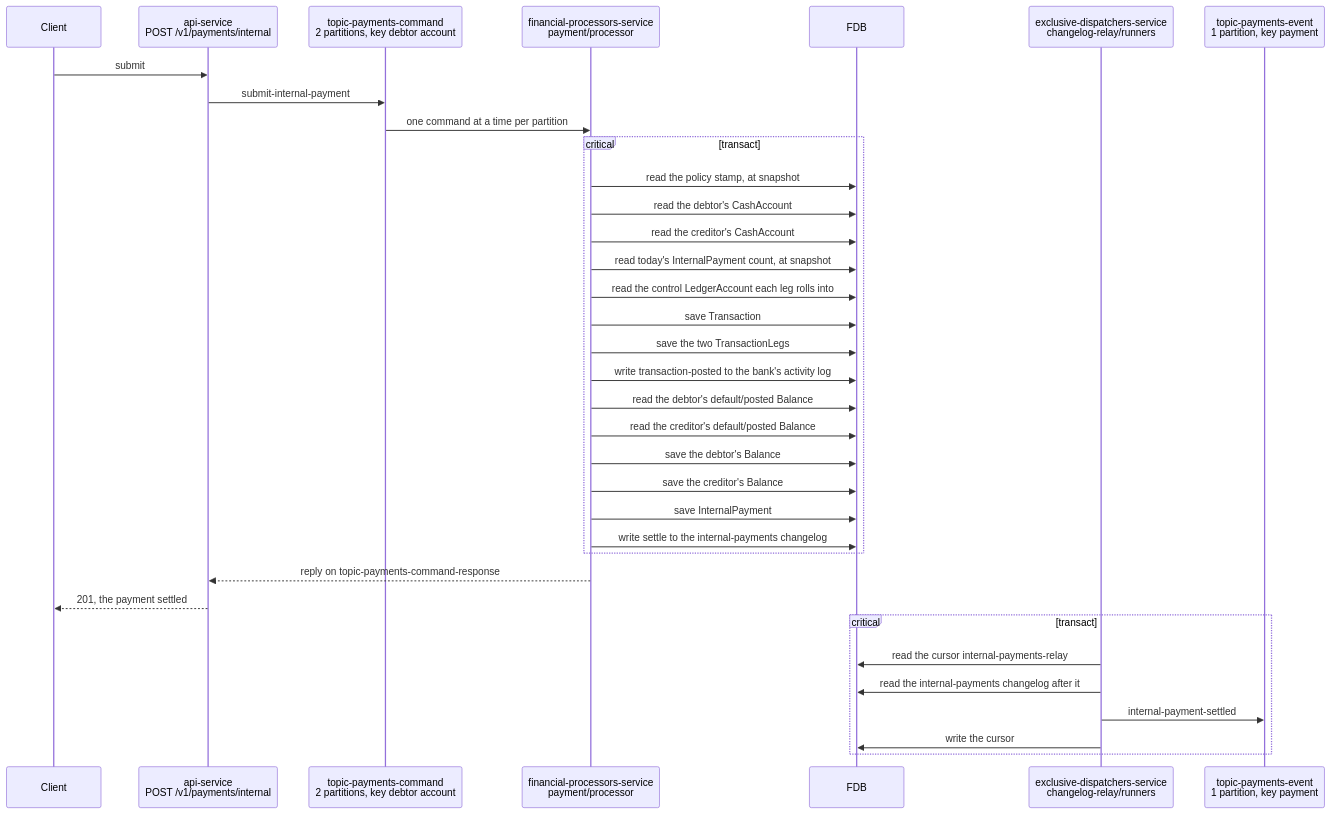
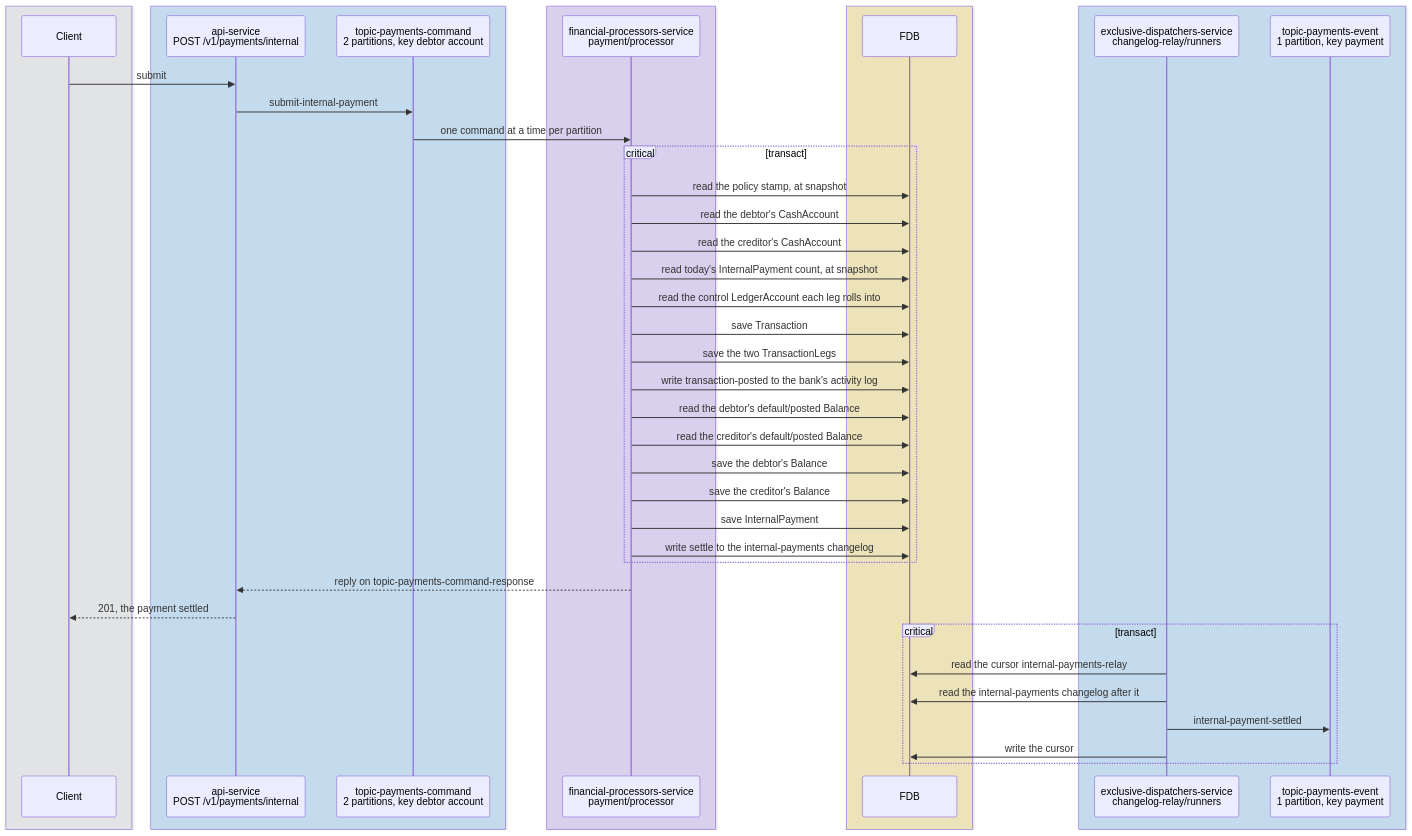
Before and after one commit to repldriven/queenswood: the first of 2 diagrams in docs/tdd/payments-internal.md, drawn with Mermaid. The commit also changed other lines of this file, not shown here.

````diff
--- a/docs/tdd/payments-internal.md
+++ b/docs/tdd/payments-internal.md
@@ -62,37 +67,47 @@
 ```mermaid
 sequenceDiagram
+    box rgba(233, 236, 239, 0.5)
     participant C as Client
+    end
+    box rgba(165, 216, 255, 0.45)
     participant API as api-service<br/>POST /v1/payments/internal
     participant PC as topic-payments-command<br/>2 partitions, key debtor account
+    end
+    box rgba(208, 191, 255, 0.45)
     participant PP as financial-processors-service<br/>payment/processor
+    end
+    box rgba(255, 236, 153, 0.5)
     participant DB as FDB
+    end
+    box rgba(165, 216, 255, 0.45)
     participant RR as exclusive-dispatchers-service<br/>changelog-relay/runners
     participant PE as topic-payments-event<br/>1 partition, key payment
+    end
     C->>API: submit
     API->>PC: submit-internal-payment
     PC->>PP: one command at a time per partition
     critical transact
     PP->>DB: read the policy stamp, at snapshot
     PP->>DB: read the debtor's CashAccount
     PP->>DB: read the creditor's CashAccount
     PP->>DB: read today's InternalPayment count, at snapshot
     PP->>DB: read the control LedgerAccount each leg rolls into
     PP->>DB: save Transaction
     PP->>DB: save the two TransactionLegs
     PP->>DB: write transaction-posted to the bank's activity log
     PP->>DB: read the debtor's default/posted Balance
     PP->>DB: read the creditor's default/posted Balance
     PP->>DB: save the debtor's Balance
     PP->>DB: save the creditor's Balance
     PP->>DB: save InternalPayment
     PP->>DB: write settle to the internal-payments changelog
     end
     PP-->>API: reply on topic-payments-command-response
     API-->>C: 201, the payment settled
     critical transact
     RR->>DB: read the cursor internal-payments-relay
     RR->>DB: read the internal-payments changelog after it
     RR->>PE: internal-payment-settled
     RR->>DB: write the cursor
     end
 ```
````
